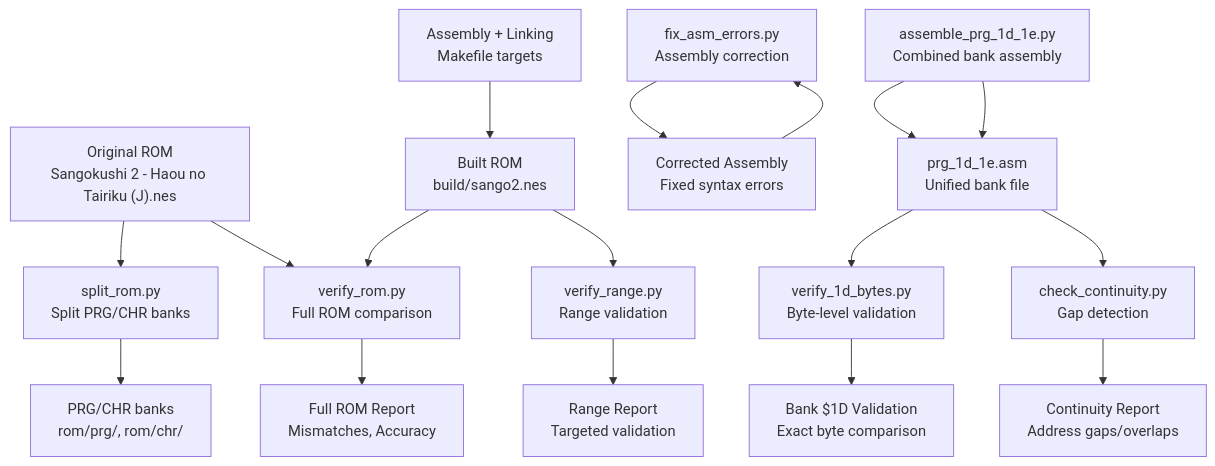
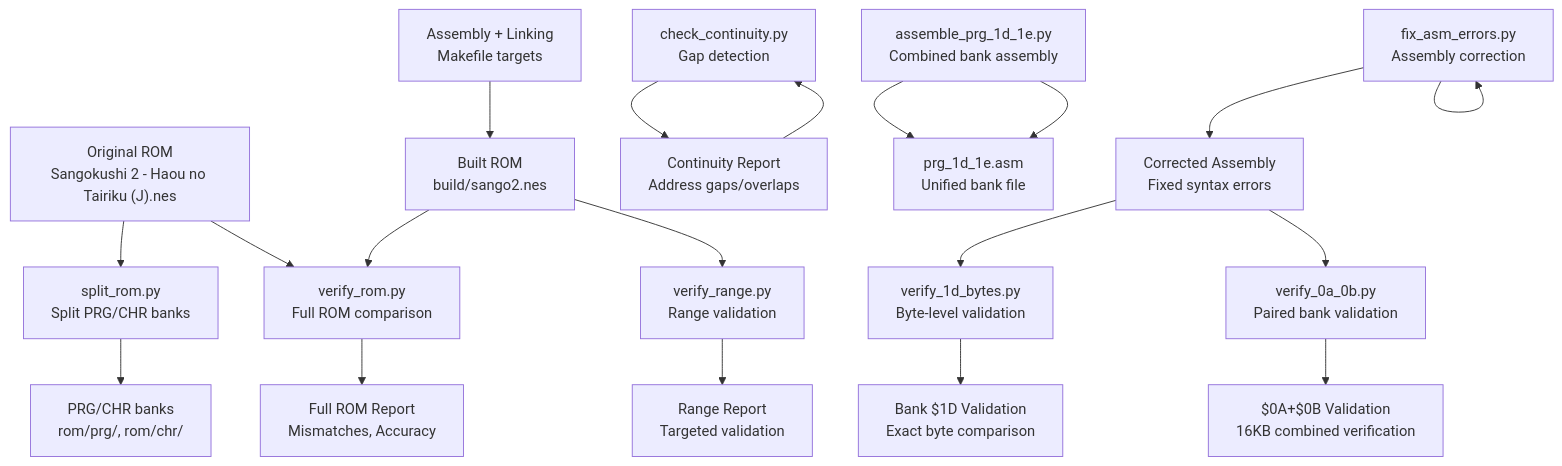
One commit to rabbyzero/sango2dasm changed the first of 13 diagrams in .qoder/repowiki/en/content/Build System and Tools/ROM Verification and Validation.md. Above: the diagram before and after it, drawn with Mermaid. The commit also changed other lines of this file and 18 other files, not shown here.

Commit message:
Found AI action proc in prg bank $0a $0b. analysis WIP.

````diff
--- a/.qoder/repowiki/en/content/Build System and Tools/ROM Verification and Validation.md
+++ b/.qoder/repowiki/en/content/Build System and Tools/ROM Verification and Validation.md
@@ -66,19 +71,21 @@
 ```mermaid
 graph TB
 A["Original ROM<br/>Sangokushi 2 - Haou no Tairiku (J).nes"] --> B["split_rom.py<br/>Split PRG/CHR banks"]
 B --> C["PRG/CHR banks<br/>rom/prg/, rom/chr/"]
 D["Assembly + Linking<br/>Makefile targets"] --> E["Built ROM<br/>build/sango2.nes"]
 F["verify_rom.py<br/>Full ROM comparison"] --> G["Full ROM Report<br/>Mismatches, Accuracy"]
 H["verify_range.py<br/>Range validation"] --> I["Range Report<br/>Targeted validation"]
 J["verify_1d_bytes.py<br/>Byte-level validation"] --> K["Bank $1D Validation<br/>Exact byte comparison"]
-L["check_continuity.py<br/>Gap detection"] --> M["Continuity Report<br/>Address gaps/overlaps"]
-N["fix_asm_errors.py<br/>Assembly correction"] --> O["Corrected Assembly<br/>Fixed syntax errors"]
-P["assemble_prg_1d_1e.py<br/>Combined bank assembly"] --> Q["prg_1d_1e.asm<br/>Unified bank file"]
+L["verify_0a_0b.py<br/>Paired bank validation"] --> M["$0A+$0B Validation<br/>16KB combined verification"]
+N["check_continuity.py<br/>Gap detection"] --> O["Continuity Report<br/>Address gaps/overlaps"]
+P["fix_asm_errors.py<br/>Assembly correction"] --> Q["Corrected Assembly<br/>Fixed syntax errors"]
+R["assemble_prg_1d_1e.py<br/>Combined bank assembly"] --> S["prg_1d_1e.asm<br/>Unified bank file"]
 E --> F
 A --> F
 E --> H
 Q --> J
 Q --> L
 O --> N
-P --> Q
+P --> P
+R --> S
 ```
````
